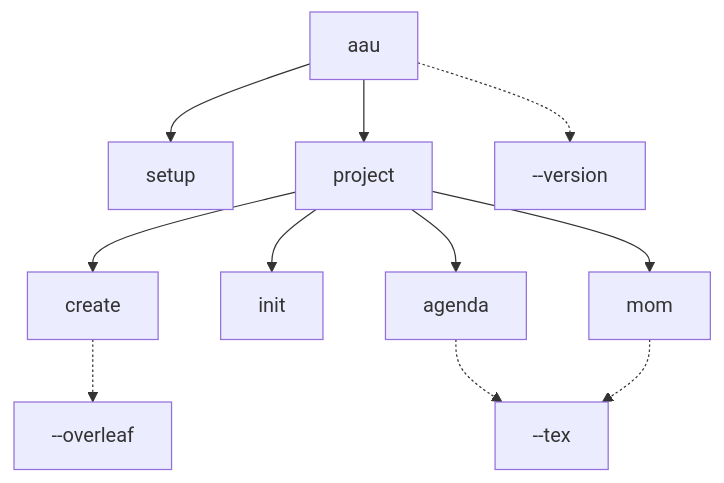
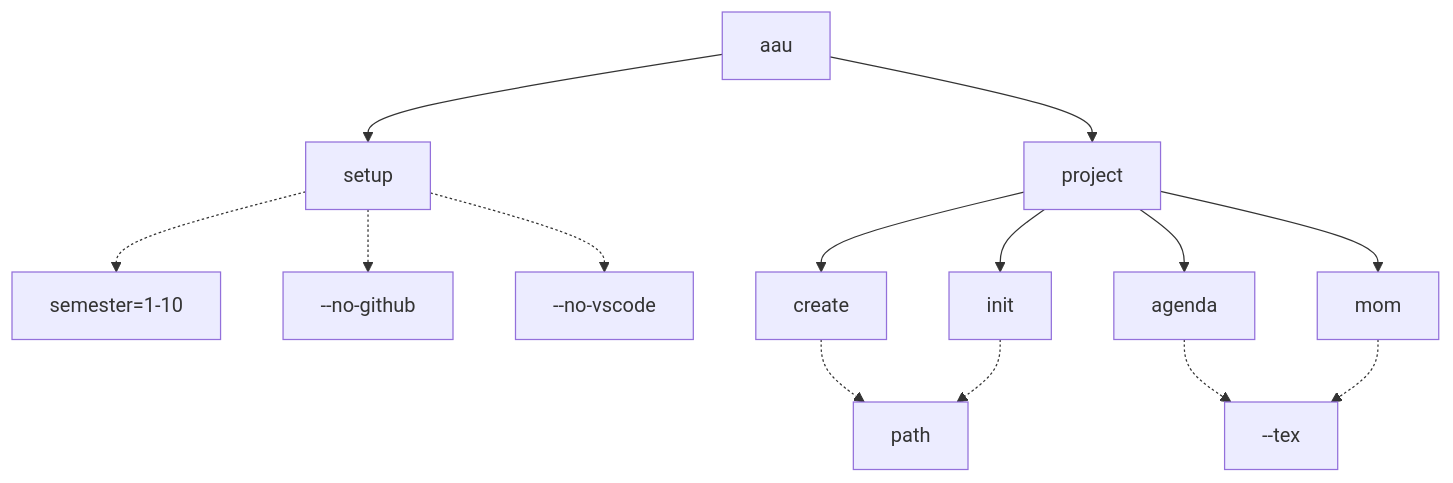
Before and after one commit to AAU-Dat/cli: the diagram in README.md, drawn with Mermaid. The commit also changed other lines of this file, not shown here.

Commit message:
Update README with changes and ideas

````diff
--- a/README.md
+++ b/README.md
@@ -7,16 +7,20 @@
 ```mermaid
 flowchart
 
 aau-->setup
 aau-->project
-aau-.->version["--version"]
+
+setup-.->semester["semester=1-10"]
+setup-.->nogh["--no-github"]
+setup-.->novsc["--no-vscode"]
 
 project-->create
 project-->init
 project-->agenda
 project-->mom
 
-create-.->overleaf["--overleaf"]
+create-.->path["path"]
+init-.->path["path"]
 agenda-.->tex["--tex"]
 mom-.->tex
 ```
````
